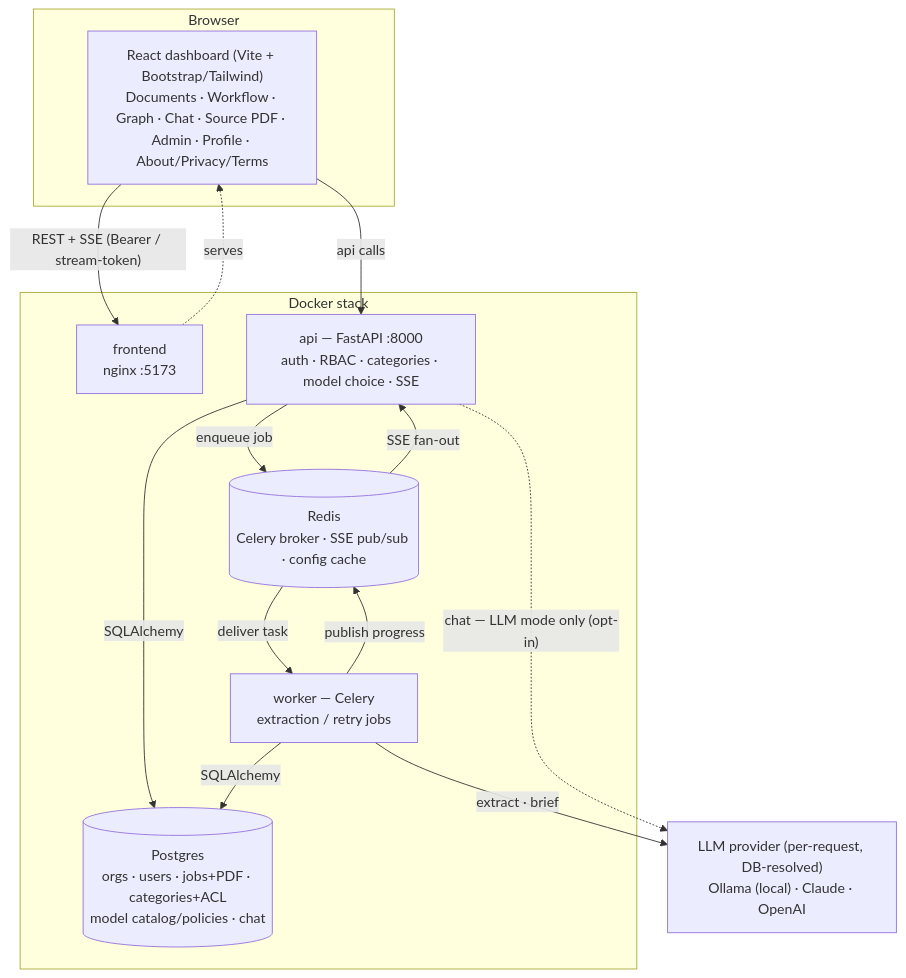
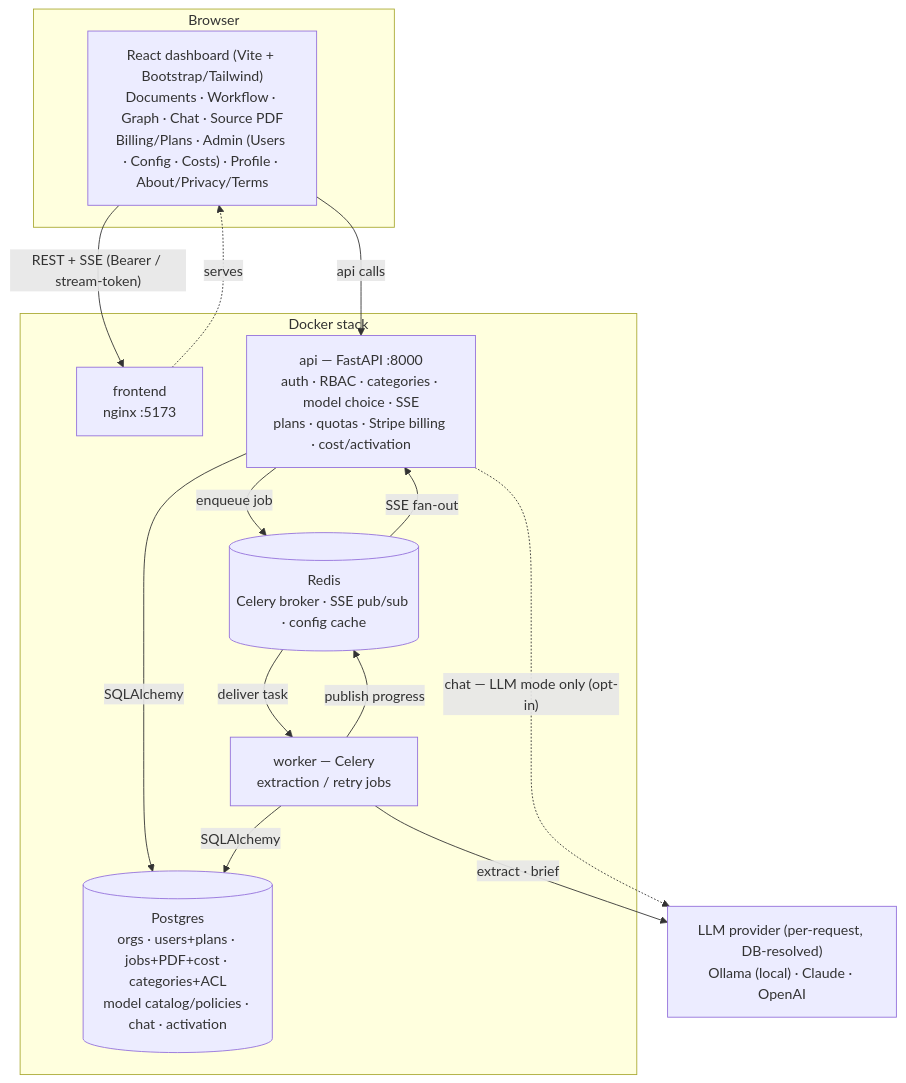
One commit to thuansystemit/knowledge_book changed the first of 4 diagrams in README.md. Above: the diagram before and after it, drawn with Mermaid. The commit also changed other lines of this file, not shown here.

First line of the commit message:
docs: update README for monetization, cost/activation, retrieval-chat + deployment

````diff
--- a/README.md
+++ b/README.md
@@ -34,28 +38,28 @@
 ```mermaid
 flowchart TB
     subgraph Browser
-      UI["React dashboard (Vite + Bootstrap/Tailwind)<br/>Documents · Workflow · Graph · Chat · Source PDF · Admin · Profile · About/Privacy/Terms"]
+      UI["React dashboard (Vite + Bootstrap/Tailwind)<br/>Documents · Workflow · Graph · Chat · Source PDF<br/>Billing/Plans · Admin (Users · Config · Costs) · Profile · About/Privacy/Terms"]
     end
 
     subgraph Docker["Docker stack"]
       FE["frontend<br/>nginx :5173"]
-      API["api — FastAPI :8000<br/>auth · RBAC · categories · model choice · SSE"]
+      API["api — FastAPI :8000<br/>auth · RBAC · categories · model choice · SSE<br/>plans · quotas · Stripe billing · cost/activation"]
       WK["worker — Celery<br/>extraction / retry jobs"]
       RS[("Redis<br/>Celery broker · SSE pub/sub · config cache")]
-      DB[("Postgres<br/>orgs · users · jobs+PDF · categories+ACL<br/>model catalog/policies · chat")]
+      DB[("Postgres<br/>orgs · users+plans · jobs+PDF+cost · categories+ACL<br/>model catalog/policies · chat · activation")]
     end
 
     LLM["LLM provider (per-request, DB-resolved)<br/>Ollama (local) · Claude · OpenAI"]
 
     UI -->|"REST + SSE (Bearer / stream-token)"| FE
     FE -.serves.-> UI
     UI -->|api calls| API
     API -->|SQLAlchemy| DB
     API -->|"enqueue job"| RS
     RS -->|"deliver task"| WK
     WK -->|"publish progress"| RS
     RS -->|"SSE fan-out"| API
     WK -->|SQLAlchemy| DB
     WK -->|extract · brief| LLM
     API -.->|"chat — LLM mode only (opt-in)"| LLM
 ```
````
